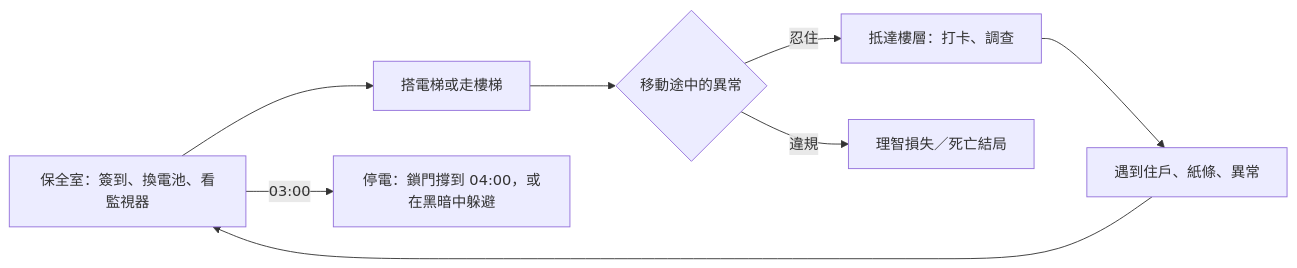
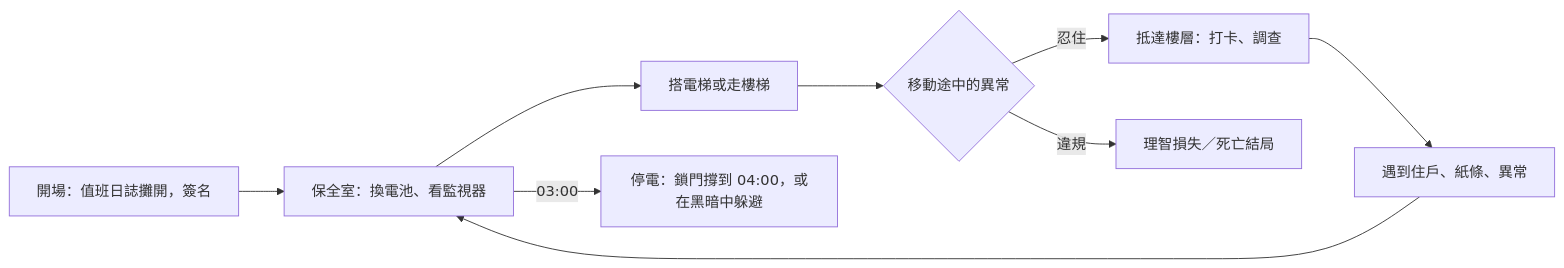
One commit to York260/night-patrol changed the diagram in docs/GDD-3D.md. Above: the diagram before and after it, drawn with Mermaid. The commit also changed other lines of this file and 5 other files, not shown here.

````diff
--- a/docs/GDD-3D.md
+++ b/docs/GDD-3D.md
@@ -36,10 +36,11 @@
 ```mermaid
 flowchart LR
-  A[保全室：簽到、換電池、看監視器] --> B[搭電梯或走樓梯]
+  S[開場：值班日誌攤開，簽名] --> A
+  A[保全室：換電池、看監視器] --> B[搭電梯或走樓梯]
   B --> C{移動途中的異常}
   C -->|忍住| D[抵達樓層：打卡、調查]
   C -->|違規| E[理智損失／死亡結局]
   D --> F[遇到住戶、紙條、異常]
   F --> A
   A -->|03:00| G[停電：鎖門撐到 04:00，或在黑暗中躲避]
 ```
````
